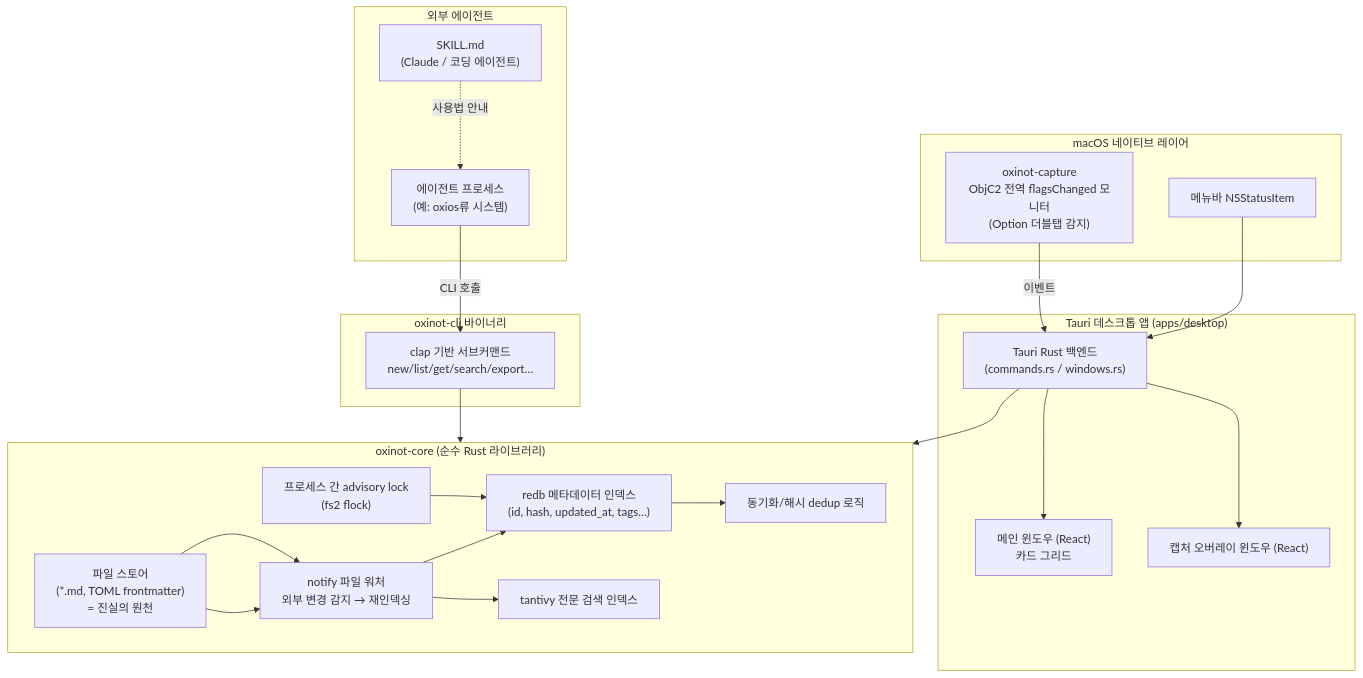
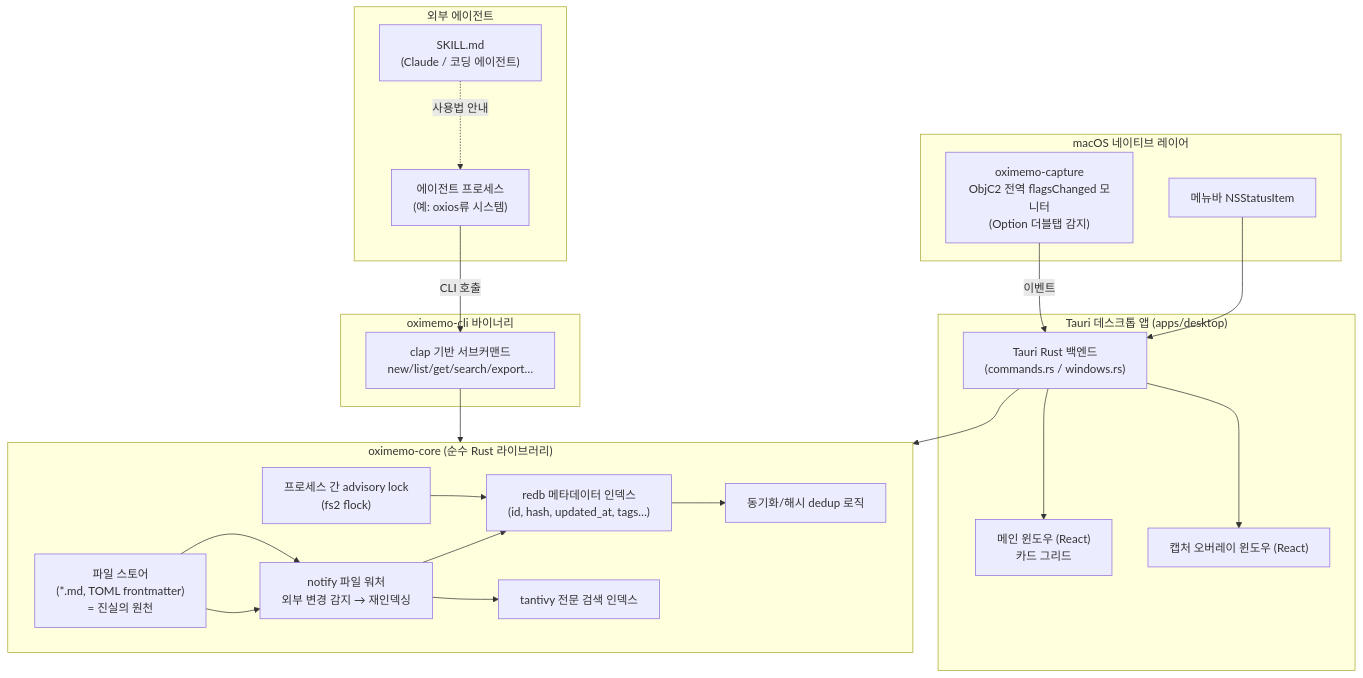
Before and after one commit to project-oxi/oximemo: the diagram in doc/DESIGN.md, drawn with Mermaid. The commit also changed other lines of this file and 81 other files, not shown here.

First line of the commit message:
Rename: oxinot → oximemo (full project rebrand)

````diff
--- a/doc/DESIGN.md
+++ b/doc/DESIGN.md
@@ -70,44 +70,44 @@
 ```mermaid
 flowchart TB
     subgraph Native["macOS 네이티브 레이어"]
-        CAP["oxinot-capture\nObjC2 전역 flagsChanged 모니터\n(Option 더블탭 감지)"]
+        CAP["oximemo-capture\nObjC2 전역 flagsChanged 모니터\n(Option 더블탭 감지)"]
         MENU["메뉴바 NSStatusItem"]
     end
 
     subgraph App["Tauri 데스크톱 앱 (apps/desktop)"]
         RUST["Tauri Rust 백엔드\n(commands.rs / windows.rs)"]
         MAIN["메인 윈도우 (React)\n카드 그리드"]
         OVERLAY["캡처 오버레이 윈도우 (React)"]
     end
 
-    subgraph CLI["oxinot-cli 바이너리"]
+    subgraph CLI["oximemo-cli 바이너리"]
         CLIBIN["clap 기반 서브커맨드\nnew/list/get/search/export…"]
     end
 
-    subgraph Core["oxinot-core (순수 Rust 라이브러리)"]
+    subgraph Core["oximemo-core (순수 Rust 라이브러리)"]
         FILES["파일 스토어\n(*.md, TOML frontmatter)\n= 진실의 원천"]
         LOCK["프로세스 간 advisory lock\n(fs2 flock)"]
         REDB["redb 메타데이터 인덱스\n(id, hash, updated_at, tags…)"]
         TANTIVY["tantivy 전문 검색 인덱스"]
         WATCH["notify 파일 워처\n외부 변경 감지 → 재인덱싱"]
         SYNC["동기화/해시 dedup 로직"]
     end
 
     subgraph Agents["외부 에이전트"]
         SKILL["SKILL.md\n(Claude / 코딩 에이전트)"]
         AGENT["에이전트 프로세스\n(예: oxios류 시스템)"]
     end
 
     CAP -->|"이벤트"| RUST
     MENU --> RUST
     RUST --> MAIN
     RUST --> OVERLAY
     RUST --> Core
     CLIBIN --> Core
     FILES --> WATCH --> REDB
     FILES --> WATCH --> TANTIVY
     LOCK --> REDB
     REDB --> SYNC
     AGENT -->|"CLI 호출"| CLIBIN
     SKILL -.->|"사용법 안내"| AGENT
 ```
````
